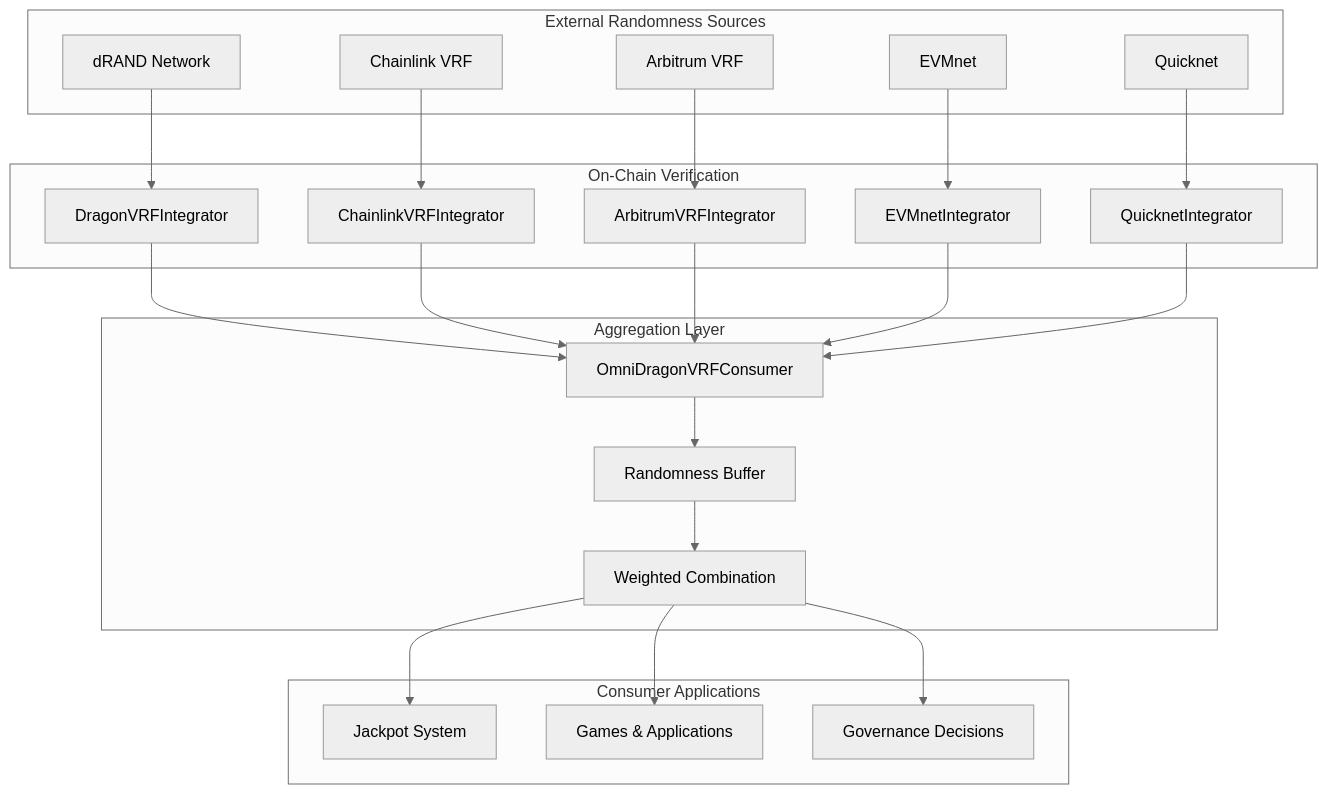
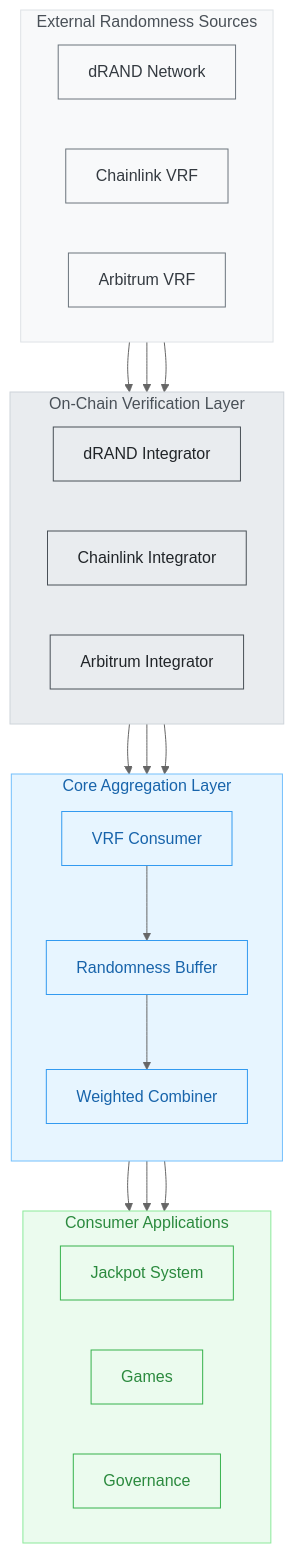
One commit to wenakita/sonicreddragon-docs changed the first of 5 diagrams in docs/concepts/randomness.md. Above: the diagram before and after it, drawn with Mermaid (neutral theme). The commit also changed other lines of this file and 50 other files, not shown here.

Commit message:
Fix Mermaid diagram rendering issues and Unicode corruption

````diff
--- a/docs/concepts/randomness.md
+++ b/docs/concepts/randomness.md
@@ -17,50 +14,59 @@
 ```mermaid
 flowchart TB
-    subgraph "External Randomness Sources"
-        drand["dRAND Network"]
-        chainlink["Chainlink VRF"]
-        arbitrum["Arbitrum VRF"]
-        evmnet["EVMnet"]
-        quicknet["Quicknet"]
+    %% Define the layers with clear visual hierarchy
+    subgraph External ["External Randomness Sources"]
+        direction LR
+        DRAND["dRAND Network"]:::source
+        CHAIN["Chainlink VRF"]:::source
+        ARB["Arbitrum VRF"]:::source
     end
     
-    subgraph "On-Chain Verification"
-        drandIntegrator["DragonVRFIntegrator"]
-        chainlinkIntegrator["ChainlinkVRFIntegrator"]
-        arbitrumIntegrator["ArbitrumVRFIntegrator"]
-        evmnetIntegrator["EVMnetIntegrator"]
-        quicknetIntegrator["QuicknetIntegrator"]
+    subgraph Verification ["On-Chain Verification Layer"]
+        direction LR
+        DI["dRAND Integrator"]:::verify
+        CI["Chainlink Integrator"]:::verify
+        AI["Arbitrum Integrator"]:::verify
     end
     
-    subgraph "Aggregation Layer"
-        omniConsumer["OmniDragonVRFConsumer"]
-        randomBuffer["Randomness Buffer"]
-        weighted["Weighted Combination"]
+    subgraph Core ["Core Aggregation Layer"]
+        direction TB
+        VC["VRF Consumer"]:::core
+        RB["Randomness Buffer"]:::core
+        WC["Weighted Combiner"]:::core
     end
     
-    subgraph "Consumer Applications"
-        jackpotSystem["Jackpot System"]
-        games["Games & Applications"]
-        governance["Governance Decisions"]
+    subgraph Applications ["Consumer Applications"]
+        direction LR
+        JP["Jackpot System"]:::app
+        GAME["Games"]:::app
+        GOV["Governance"]:::app
     end
     
-    drand --> drandIntegrator
-    chainlink --> chainlinkIntegrator
-    arbitrum --> arbitrumIntegrator
-    evmnet --> evmnetIntegrator
-    quicknet --> quicknetIntegrator
+    %% Connect the components
+    DRAND --> DI
+    CHAIN --> CI
+    ARB --> AI
     
-    drandIntegrator --> omniConsumer
-    chainlinkIntegrator --> omniConsumer
-    arbitrumIntegrator --> omniConsumer
-    evmnetIntegrator --> omniConsumer
-    quicknetIntegrator --> omniConsumer
+    DI --> VC
+    CI --> VC
+    AI --> VC
     
-    omniConsumer --> randomBuffer
-    randomBuffer --> weighted
-    weighted --> jackpotSystem
-    weighted --> games
-    weighted --> governance
+    VC --> RB
+    RB --> WC
     
-    class omniConsumer,randomBuffer,weighted highlight
+    WC --> JP
+    WC --> GAME
+    WC --> GOV
+    
+    %% Apply styling
+    classDef source fill:#f8f9fa,stroke:#6c757d,color:#343a40
+    classDef verify fill:#e9ecef,stroke:#495057,color:#212529
+    classDef core fill:#e7f5ff,stroke:#339af0,color:#1864ab
+    classDef app fill:#ebfbee,stroke:#37b24d,color:#2b8a3e
+    
+    %% Style subgraphs
+    style External fill:#f8f9fa,stroke:#dee2e6,color:#495057
+    style Verification fill:#e9ecef,stroke:#ced4da,color:#495057
+    style Core fill:#e7f5ff,stroke:#74c0fc,color:#1864ab
+    style Applications fill:#ebfbee,stroke:#8ce99a,color:#2b8a3e
 ```
````
